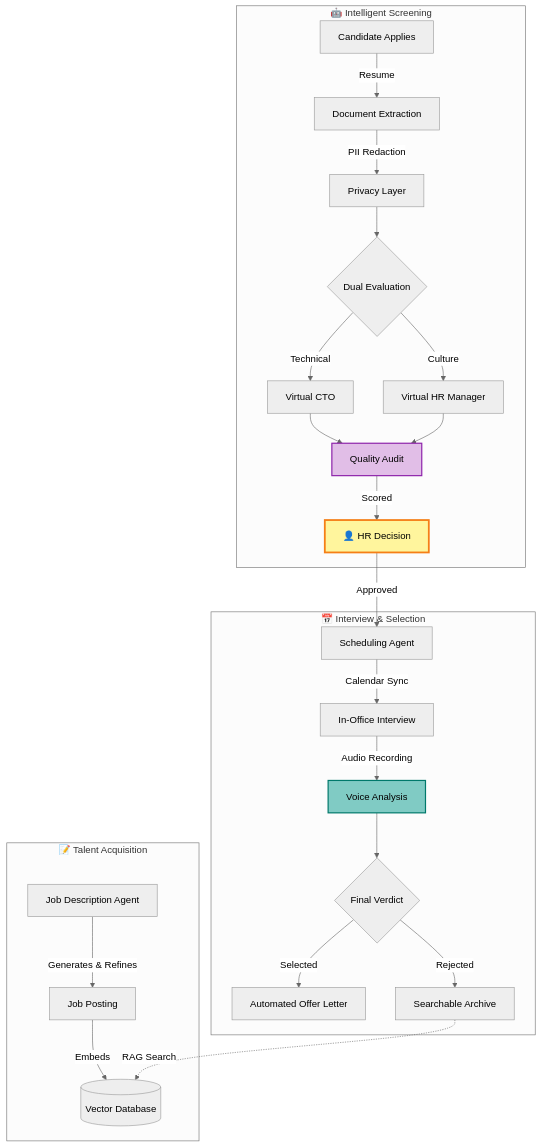
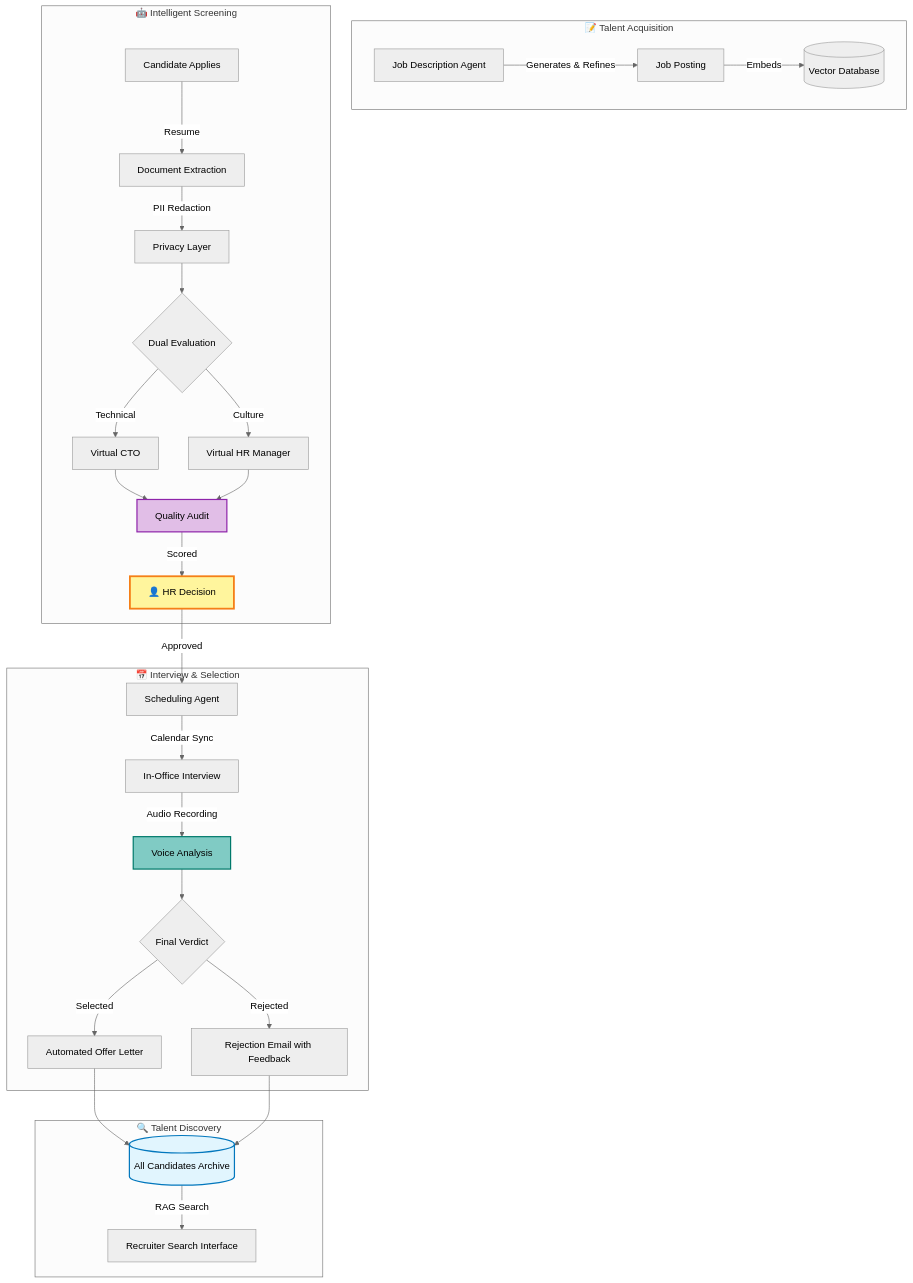
Before and after one commit to devrahulbanjara/Rojgar-AI: the second of 7 diagrams in README.md, drawn with Mermaid. The commit also changed other lines of this file, not shown here.

````diff
--- a/README.md
+++ b/README.md
@@ -63,33 +65,38 @@
 ```mermaid
 %%{init: {'theme': 'neutral'}}%%
 flowchart TB
     subgraph Input["📝 Talent Acquisition"]
         JD[Job Description Agent] -->|Generates & Refines| POST[Job Posting]
         POST -->|Embeds| QDRANT[(Vector Database)]
     end
     
     subgraph Pipeline["🤖 Intelligent Screening"]
         APPLY[Candidate Applies] -->|Resume| PARSE[Document Extraction]
         PARSE -->|PII Redaction| GUARD[Privacy Layer]
         GUARD --> EVAL{Dual Evaluation}
         EVAL -->|Technical| CTO[Virtual CTO]
         EVAL -->|Culture| HR[Virtual HR Manager]
         CTO & HR --> CRITIQUE[Quality Audit]
         CRITIQUE -->|Scored| HITL[👤 HR Decision]
     end
     
     subgraph Execution["📅 Interview & Selection"]
         HITL -->|Approved| SCHEDULE[Scheduling Agent]
         SCHEDULE -->|Calendar Sync| INTERVIEW[In-Office Interview]
         INTERVIEW -->|Audio Recording| VOICE[Voice Analysis]
         VOICE --> FINAL{Final Verdict}
         FINAL -->|Selected| OFFER[Automated Offer Letter]
-        FINAL -->|Rejected| ARCHIVE[Searchable Archive]
+        FINAL -->|Rejected| REJECT[Rejection Email with Feedback]
     end
     
-    ARCHIVE -.->|RAG Search| QDRANT
+    subgraph Discovery["🔍 Talent Discovery"]
+        OFFER --> ARCHIVE[(All Candidates Archive)]
+        REJECT --> ARCHIVE
+        ARCHIVE -->|RAG Search| RECRUITER[Recruiter Search Interface]
+    end
     
     style CRITIQUE fill:#e1bee7,stroke:#8e24aa,stroke-width:2px
     style HITL fill:#fff59d,stroke:#f57f17,stroke-width:3px
     style VOICE fill:#80cbc4,stroke:#00796b,stroke-width:2px
+    style ARCHIVE fill:#e1f5fe,stroke:#0277bd,stroke-width:2px
 ```
````
